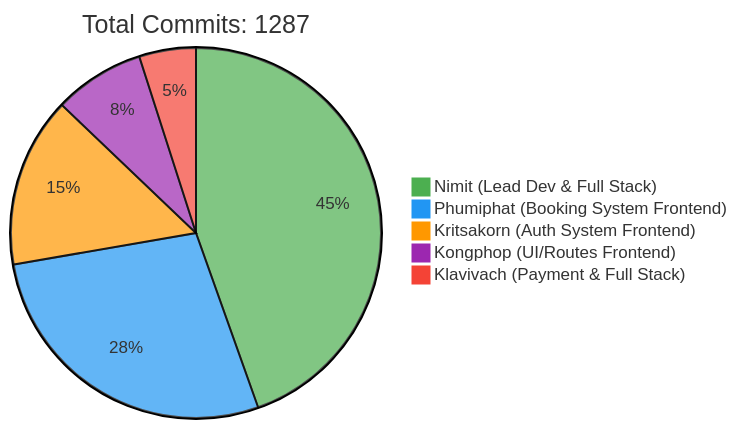
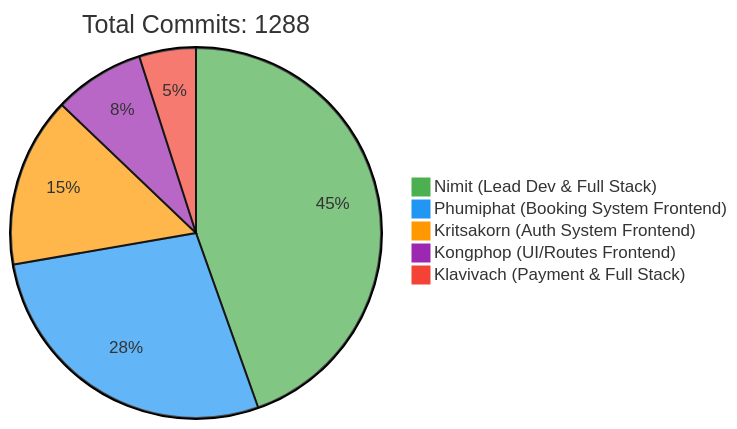
One commit to 6531503042/Sport-Complex changed the first of 2 diagrams in README.md. Above: the diagram before and after it, drawn with Mermaid. The commit also changed other lines of this file, not shown here.

Commit message:
docs: Update contributor statistics [skip ci]

````diff
--- a/README.md
+++ b/README.md
@@ -257,10 +257,10 @@
 ```mermaid
 %%{init: {'theme': 'base', 'themeVariables': { 'pie1': '#4CAF50', 'pie2': '#2196F3', 'pie3': '#FF9800', 'pie4': '#9C27B0', 'pie5': '#F44336'}}}%%
 pie
-    title Total Commits: 1287
+    title Total Commits: 1288
     "Nimit (Lead Dev & Full Stack)" : 450
     "Phumiphat (Booking System Frontend)" : 280
     "Kritsakorn (Auth System Frontend)" : 150
     "Kongphop (UI/Routes Frontend)" : 80
     "Klavivach (Payment & Full Stack)" : 50
 ```
````
